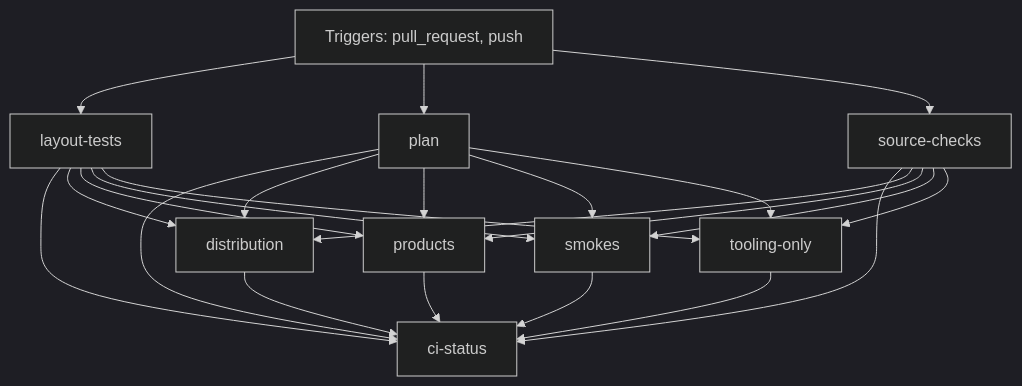
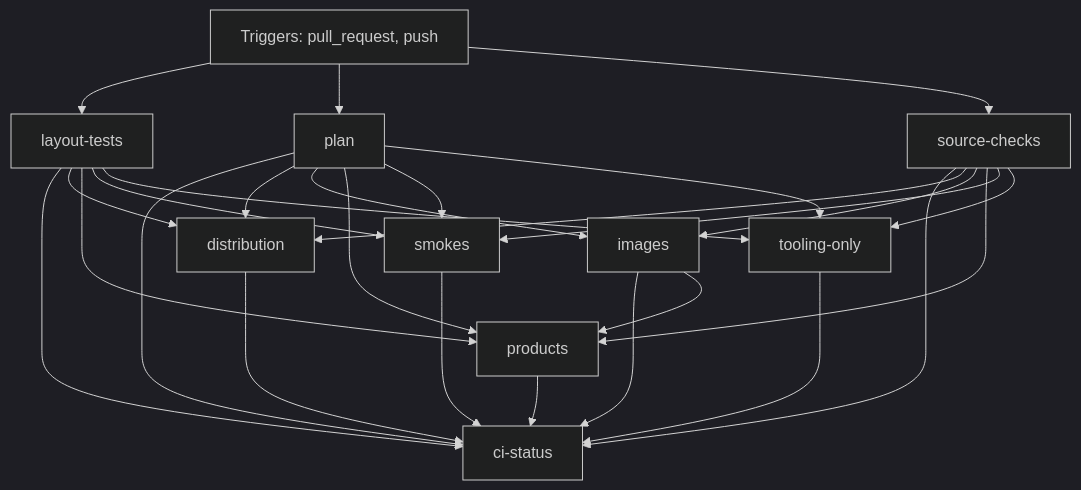
Before and after one commit to FrenchExDev2/QuietCli.PoSh: the diagram in docs/ci/github/script-companions-ci.md, drawn with Mermaid (dark theme). The commit also changed other lines of this file and 22 other files, not shown here.

```diff
--- a/docs/ci/github/script-companions-ci.md
+++ b/docs/ci/github/script-companions-ci.md
@@ -30,34 +32,39 @@
 ~~~mermaid
 flowchart TD
     event["Triggers: pull_request, push"]
     job_ci_status["ci-status"]
     job_distribution["distribution"]
+    job_images["images"]
     job_layout_tests["layout-tests"]
     job_plan["plan"]
     job_products["products"]
     job_smokes["smokes"]
     job_source_checks["source-checks"]
     job_tooling_only["tooling-only"]
     job_plan --> job_ci_status
     job_source_checks --> job_ci_status
     job_layout_tests --> job_ci_status
+    job_images --> job_ci_status
     job_products --> job_ci_status
     job_smokes --> job_ci_status
     job_tooling_only --> job_ci_status
     job_distribution --> job_ci_status
     job_plan --> job_distribution
     job_source_checks --> job_distribution
     job_layout_tests --> job_distribution
+    job_plan --> job_images
+    job_source_checks --> job_images
     event --> job_layout_tests
     event --> job_plan
     job_plan --> job_products
     job_source_checks --> job_products
     job_layout_tests --> job_products
+    job_images --> job_products
     job_plan --> job_smokes
     job_source_checks --> job_smokes
     job_layout_tests --> job_smokes
     event --> job_source_checks
     job_plan --> job_tooling_only
     job_source_checks --> job_tooling_only
     job_layout_tests --> job_tooling_only
 ~~~
```
